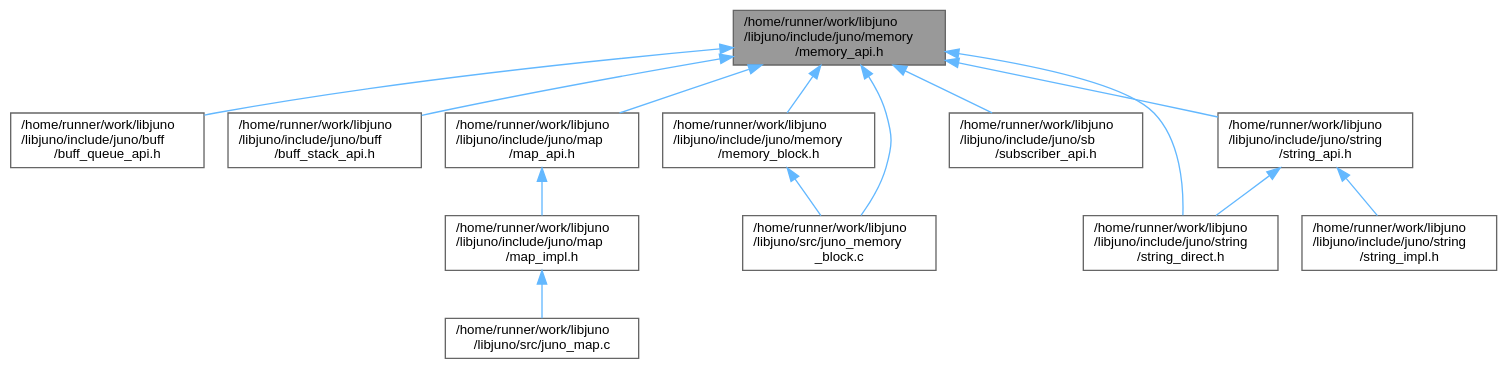
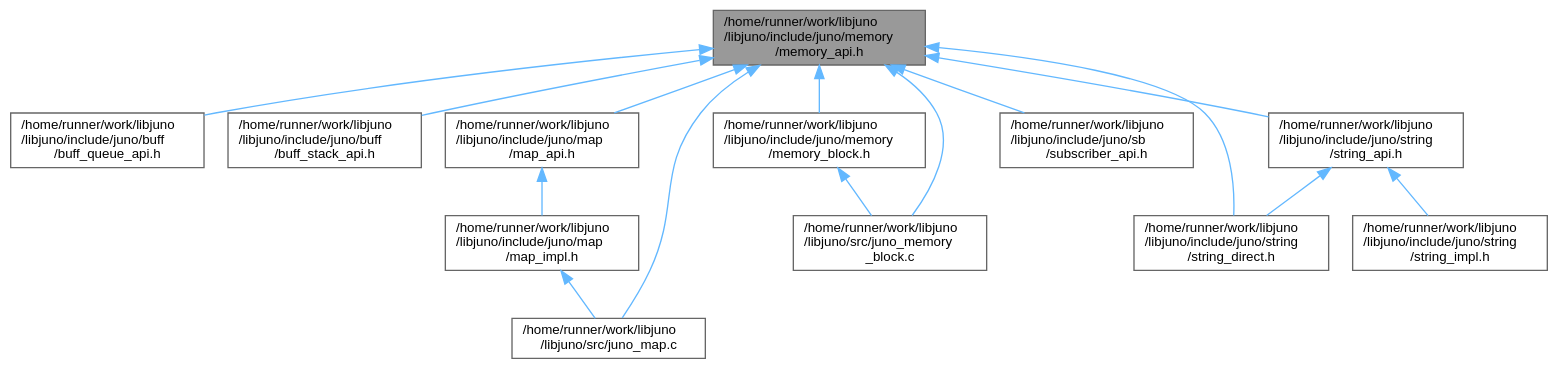
Before and after one commit to robinonsay/libjuno: the diagram in memory__api_8h__dep__incl.dot, drawn with Graphviz. The commit also changed 155 other files, not shown here.

```diff
--- a/memory__api_8h__dep__incl.dot
+++ b/memory__api_8h__dep__incl.dot
@@ -1,32 +1,33 @@
 digraph "/home/runner/work/libjuno/libjuno/include/juno/memory/memory_api.h"
 {
  // LATEX_PDF_SIZE
   bgcolor="transparent";
   edge [fontname=Helvetica,fontsize=10,labelfontname=Helvetica,labelfontsize=10];
   node [fontname=Helvetica,fontsize=10,shape=box,height=0.2,width=0.4];
   Node1 [id="Node000001",label="/home/runner/work/libjuno\l/libjuno/include/juno/memory\l/memory_api.h",height=0.2,width=0.4,color="gray40", fillcolor="grey60", style="filled", fontcolor="black",tooltip=" "];
   Node1 -> Node2 [id="edge1_Node000001_Node000002",dir="back",color="steelblue1",style="solid",tooltip=" "];
   Node2 [id="Node000002",label="/home/runner/work/libjuno\l/libjuno/include/juno/buff\l/buff_queue_api.h",height=0.2,width=0.4,color="grey40", fillcolor="white", style="filled",URL="$buff__queue__api_8h.html",tooltip=" "];
   Node1 -> Node3 [id="edge2_Node000001_Node000003",dir="back",color="steelblue1",style="solid",tooltip=" "];
   Node3 [id="Node000003",label="/home/runner/work/libjuno\l/libjuno/include/juno/buff\l/buff_stack_api.h",height=0.2,width=0.4,color="grey40", fillcolor="white", style="filled",URL="$buff__stack__api_8h.html",tooltip=" "];
   Node1 -> Node4 [id="edge3_Node000001_Node000004",dir="back",color="steelblue1",style="solid",tooltip=" "];
   Node4 [id="Node000004",label="/home/runner/work/libjuno\l/libjuno/include/juno/map\l/map_api.h",height=0.2,width=0.4,color="grey40", fillcolor="white", style="filled",URL="$map__api_8h.html",tooltip=" "];
   Node4 -> Node5 [id="edge4_Node000004_Node000005",dir="back",color="steelblue1",style="solid",tooltip=" "];
   Node5 [id="Node000005",label="/home/runner/work/libjuno\l/libjuno/include/juno/map\l/map_impl.h",height=0.2,width=0.4,color="grey40", fillcolor="white", style="filled",URL="$map__impl_8h.html",tooltip=" "];
   Node5 -> Node6 [id="edge5_Node000005_Node000006",dir="back",color="steelblue1",style="solid",tooltip=" "];
   Node6 [id="Node000006",label="/home/runner/work/libjuno\l/libjuno/src/juno_map.c",height=0.2,width=0.4,color="grey40", fillcolor="white", style="filled",URL="$juno__map_8c.html",tooltip=" "];
   Node1 -> Node7 [id="edge6_Node000001_Node000007",dir="back",color="steelblue1",style="solid",tooltip=" "];
   Node7 [id="Node000007",label="/home/runner/work/libjuno\l/libjuno/include/juno/memory\l/memory_block.h",height=0.2,width=0.4,color="grey40", fillcolor="white", style="filled",URL="$memory__block_8h.html",tooltip=" "];
   Node7 -> Node8 [id="edge7_Node000007_Node000008",dir="back",color="steelblue1",style="solid",tooltip=" "];
   Node8 [id="Node000008",label="/home/runner/work/libjuno\l/libjuno/src/juno_memory\l_block.c",height=0.2,width=0.4,color="grey40", fillcolor="white", style="filled",URL="$juno__memory__block_8c.html",tooltip=" "];
   Node1 -> Node9 [id="edge8_Node000001_Node000009",dir="back",color="steelblue1",style="solid",tooltip=" "];
   Node9 [id="Node000009",label="/home/runner/work/libjuno\l/libjuno/include/juno/sb\l/subscriber_api.h",height=0.2,width=0.4,color="grey40", fillcolor="white", style="filled",URL="$subscriber__api_8h.html",tooltip=" "];
   Node1 -> Node10 [id="edge9_Node000001_Node000010",dir="back",color="steelblue1",style="solid",tooltip=" "];
   Node10 [id="Node000010",label="/home/runner/work/libjuno\l/libjuno/include/juno/string\l/string_api.h",height=0.2,width=0.4,color="grey40", fillcolor="white", style="filled",URL="$string__api_8h.html",tooltip=" "];
   Node10 -> Node11 [id="edge10_Node000010_Node000011",dir="back",color="steelblue1",style="solid",tooltip=" "];
   Node11 [id="Node000011",label="/home/runner/work/libjuno\l/libjuno/include/juno/string\l/string_direct.h",height=0.2,width=0.4,color="grey40", fillcolor="white", style="filled",URL="$string__direct_8h.html",tooltip=" "];
   Node10 -> Node12 [id="edge11_Node000010_Node000012",dir="back",color="steelblue1",style="solid",tooltip=" "];
   Node12 [id="Node000012",label="/home/runner/work/libjuno\l/libjuno/include/juno/string\l/string_impl.h",height=0.2,width=0.4,color="grey40", fillcolor="white", style="filled",URL="$string__impl_8h.html",tooltip=" "];
   Node1 -> Node11 [id="edge12_Node000001_Node000011",dir="back",color="steelblue1",style="solid",tooltip=" "];
-  Node1 -> Node8 [id="edge13_Node000001_Node000008",dir="back",color="steelblue1",style="solid",tooltip=" "];
+  Node1 -> Node6 [id="edge13_Node000001_Node000006",dir="back",color="steelblue1",style="solid",tooltip=" "];
+  Node1 -> Node8 [id="edge14_Node000001_Node000008",dir="back",color="steelblue1",style="solid",tooltip=" "];
 }
```
